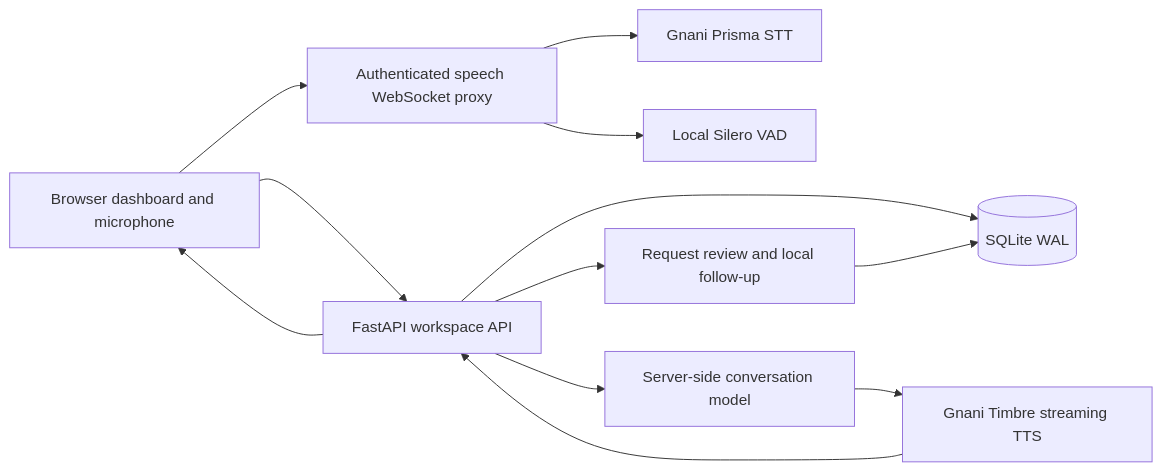
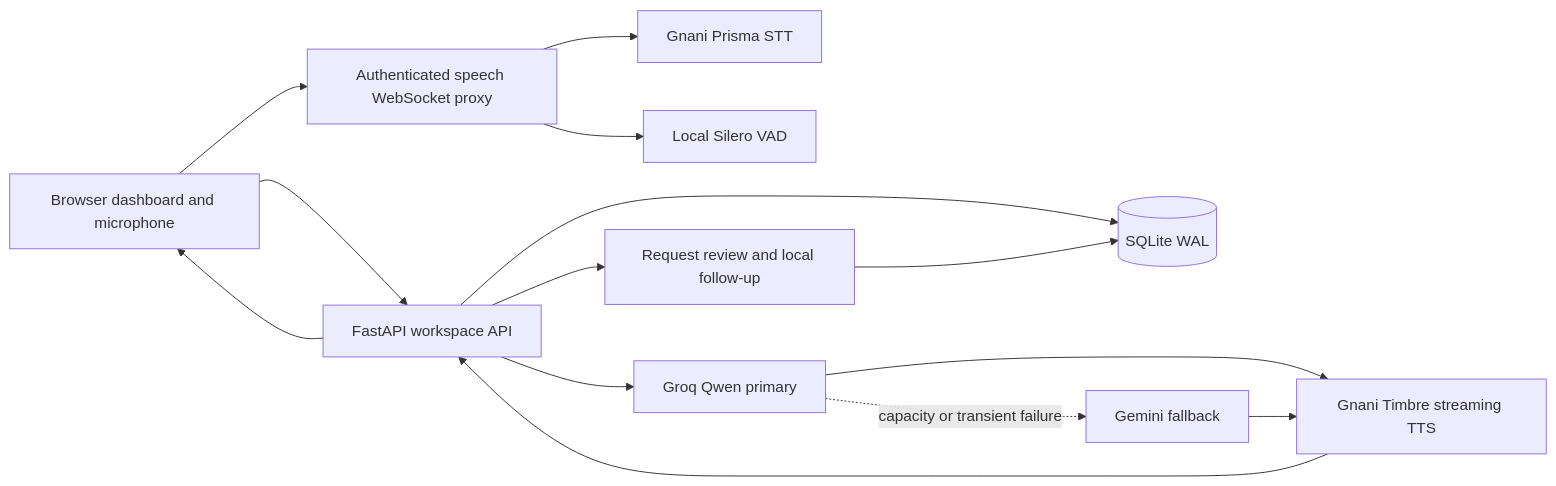
The diagram in README.md (solmyst/calling-sas), drawn with Mermaid before and after one commit. The commit also changed other lines of this file and 10 other files, not shown here.

Commit message:
feat: fail over voice calls from Groq to Gemini

````diff
--- a/README.md
+++ b/README.md
@@ -153,14 +154,16 @@
 ```mermaid
 flowchart LR
     Browser[Browser dashboard and microphone] --> API[FastAPI workspace API]
     API --> DB[(SQLite WAL)]
     Browser --> STT[Authenticated speech WebSocket proxy]
     STT --> GnaniSTT[Gnani Prisma STT]
     STT --> VAD[Local Silero VAD]
-    API --> Model[Server-side conversation model]
-    Model --> TTS[Gnani Timbre streaming TTS]
+    API --> Groq[Groq Qwen primary]
+    Groq -. capacity or transient failure .-> Gemini[Gemini fallback]
+    Groq --> TTS[Gnani Timbre streaming TTS]
+    Gemini --> TTS
     TTS --> API
     API --> Browser
     API --> Review[Request review and local follow-up]
     Review --> DB
 ```
````
